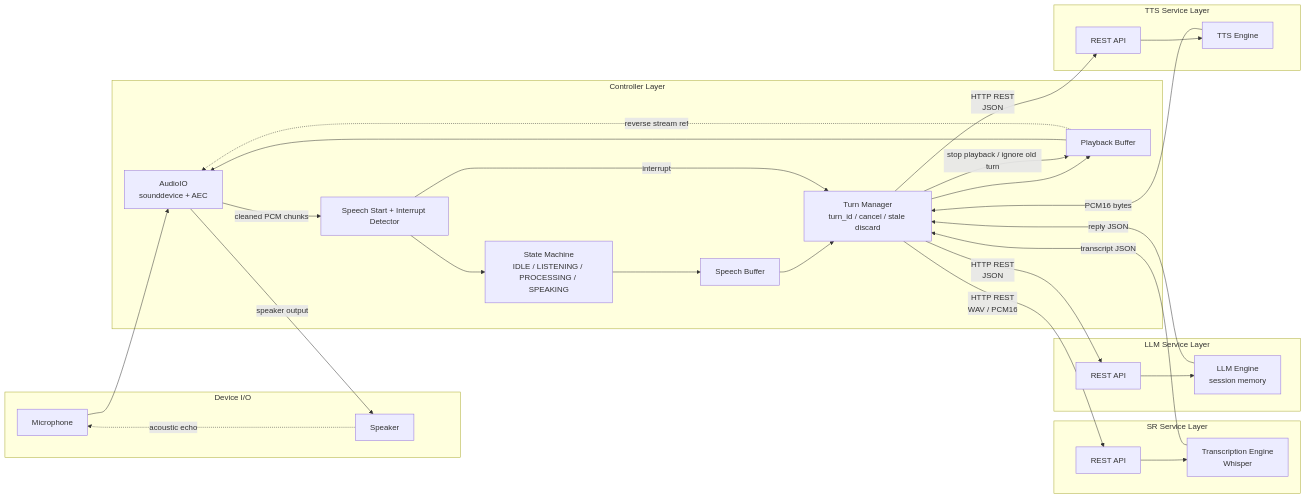
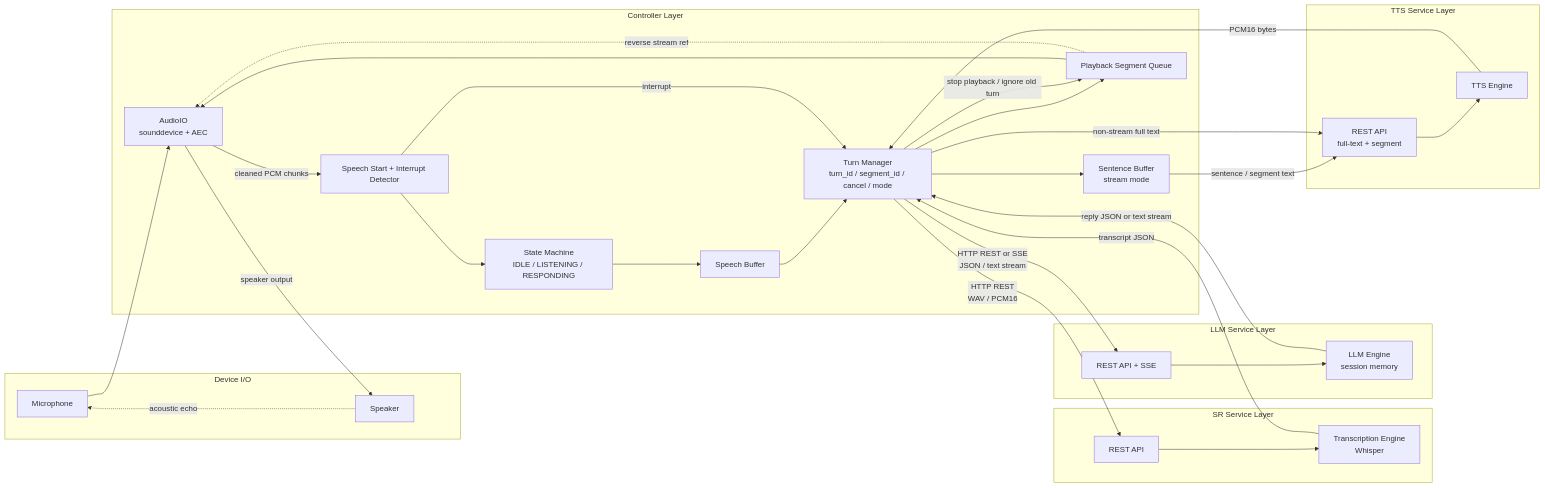
One commit to alteraa/sss changed the diagram in docs/LOCAL_SERVICE_SPLIT_ARCHITECTURE.md. Above: the diagram before and after it, drawn with Mermaid. The commit also changed other lines of this file, not shown here.

````diff
--- a/docs/LOCAL_SERVICE_SPLIT_ARCHITECTURE.md
+++ b/docs/LOCAL_SERVICE_SPLIT_ARCHITECTURE.md
@@ -95,59 +103,62 @@
 ```mermaid
 flowchart LR
     subgraph Device[Device I/O]
         Mic[Microphone]
         Spk[Speaker]
     end
 
     subgraph Controller[Controller Layer]
         AIO[AudioIO\nsounddevice + AEC]
-        FSM[State Machine\nIDLE / LISTENING / PROCESSING / SPEAKING]
+        FSM[State Machine\nIDLE / LISTENING / RESPONDING]
         DET[Speech Start + Interrupt Detector]
         BUF[Speech Buffer]
-        PB[Playback Buffer]
-        TURN[Turn Manager\nturn_id / cancel / stale discard]
+        SBUF[Sentence Buffer\nstream mode]
+        PB[Playback Segment Queue]
+        TURN[Turn Manager\nturn_id / segment_id / cancel / mode]
     end
 
     subgraph SR[SR Service Layer]
         SRAPI[REST API]
         SRCORE[Transcription Engine\nWhisper]
     end
 
     subgraph LLM[LLM Service Layer]
-        LLMAPI[REST API]
+        LLMAPI[REST API + SSE]
         LLMCORE[LLM Engine\nsession memory]
     end
 
     subgraph TTS[TTS Service Layer]
-        TTSAPI[REST API]
+        TTSAPI[REST API\nfull-text + segment]
         TTSCORE[TTS Engine]
     end
 
     Mic --> AIO
     AIO -->|cleaned PCM chunks| DET
     DET --> FSM
     FSM --> BUF
     BUF --> TURN
 
     TURN -->|HTTP REST\nWAV / PCM16| SRAPI
     SRAPI --> SRCORE
     SRCORE -->|transcript JSON| TURN
 
-    TURN -->|HTTP REST\nJSON| LLMAPI
+    TURN -->|HTTP REST or SSE\nJSON / text stream| LLMAPI
     LLMAPI --> LLMCORE
-    LLMCORE -->|reply JSON| TURN
+    LLMCORE -->|reply JSON or text stream| TURN
 
-    TURN -->|HTTP REST\nJSON| TTSAPI
+    TURN --> SBUF
+    SBUF -->|sentence / segment text| TTSAPI
+    TURN -->|non-stream full text| TTSAPI
     TTSAPI --> TTSCORE
     TTSCORE -->|PCM16 bytes| TURN
 
     TURN --> PB
     PB --> AIO
     AIO -->|speaker output| Spk
 
     PB -. reverse stream ref .-> AIO
     Spk -. acoustic echo .-> Mic
 
     DET -->|interrupt| TURN
     TURN -->|stop playback / ignore old turn| PB
 ```
````
